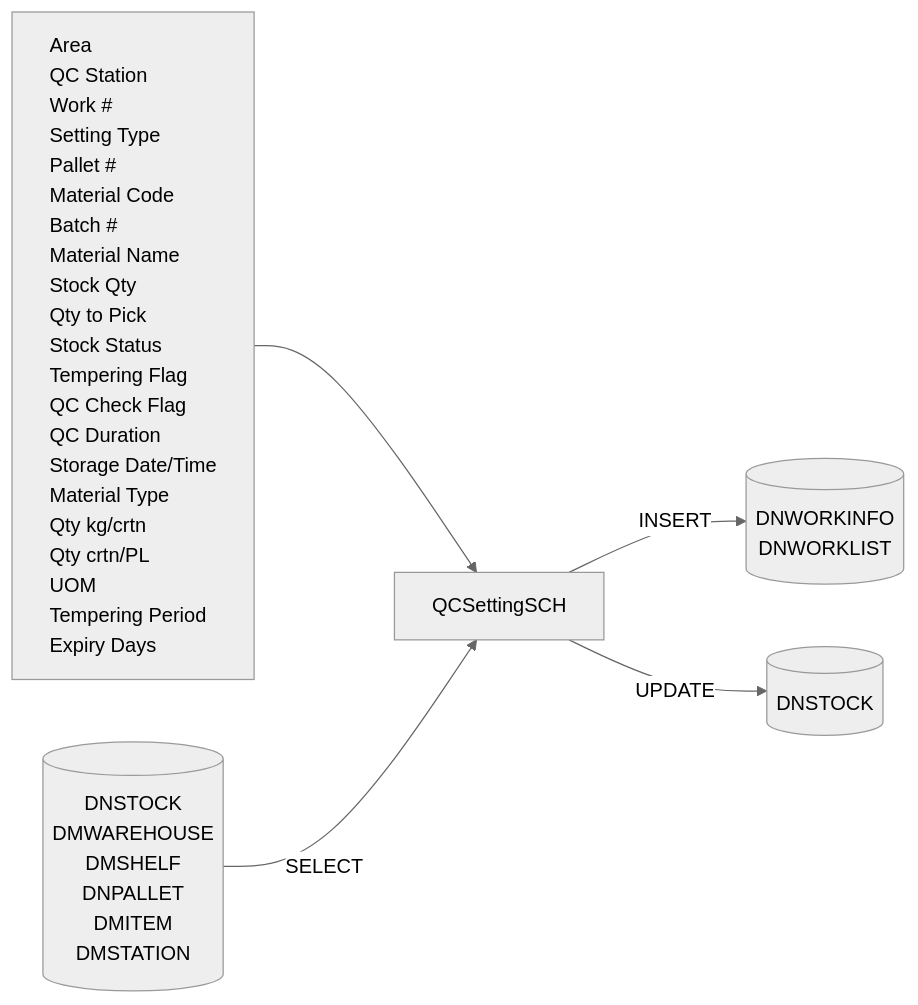
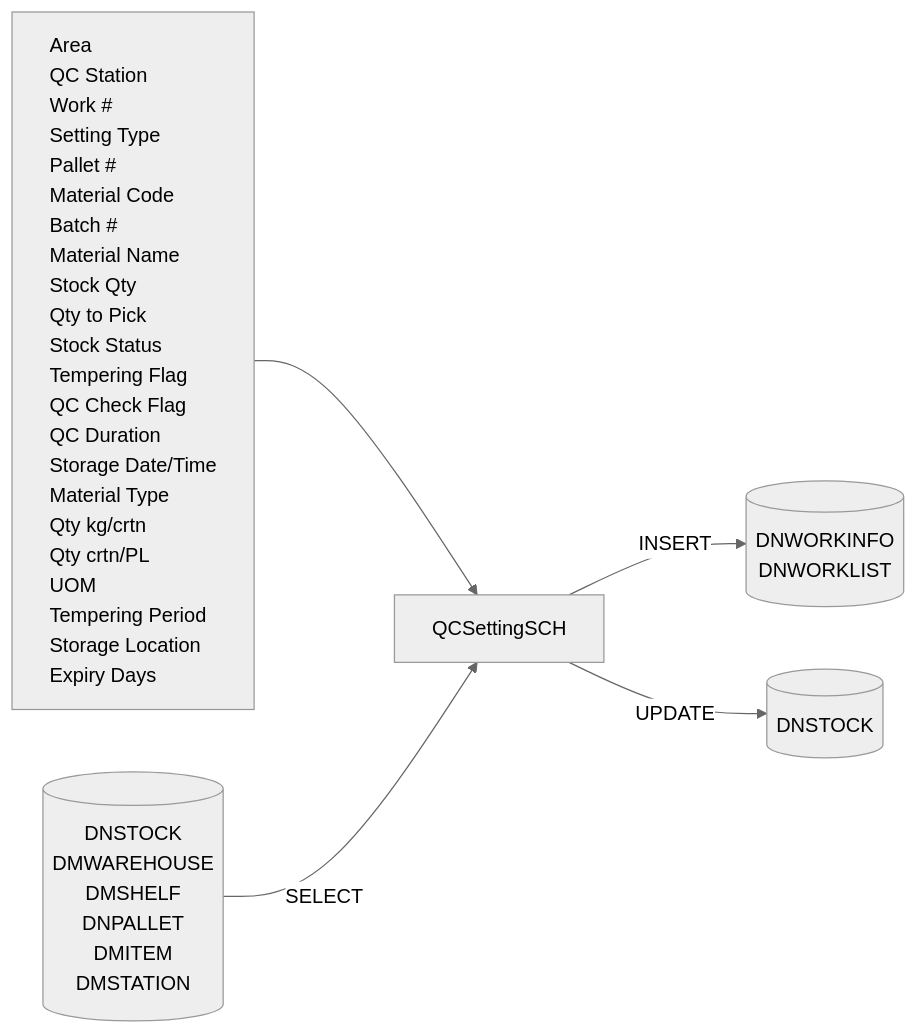
One commit to luthfiadityaa/SimeDarby-Wiki changed the fifth of 22 diagrams in Basic-Design/DFD-WMS/Retrieval/QC-Setting/QC-Work-from-Retrieval-for-QC-Start.md. Above: the diagram before and after it, drawn with Mermaid (neutral theme).

Commit message:
Updated QC Work from Retrieval for QC Start

```diff
--- a/Basic-Design/DFD-WMS/Retrieval/QC-Setting/QC-Work-from-Retrieval-for-QC-Start.md
+++ b/Basic-Design/DFD-WMS/Retrieval/QC-Setting/QC-Work-from-Retrieval-for-QC-Start.md
@@ -128,53 +128,54 @@
 ::: mermaid
 flowchart LR
     input[
         Area
         QC Station
         Work #
         Setting Type               
         Pallet #
         Material Code
         Batch #
         Material Name
         Stock Qty
         Qty to Pick
         Stock Status
         Tempering Flag
         QC Check Flag
         QC Duration
         Storage Date/Time
         Material Type
         Qty kg/crtn
         Qty crtn/PL
         UOM
         Tempering Period
+        Storage Location
         Expiry Days
     ]
 
     tableList-insert[("
         DNWORKINFO
         DNWORKLIST
     ")]
 
      tableList-update[("
         DNSTOCK
     ")]
 
      tableList-select[("
         DNSTOCK
         DMWAREHOUSE
         DMSHELF
         DNPALLET
         DMITEM
         DMSTATION
     ")]
 
     className[QCSettingSCH]
 
     input --> className --> |INSERT| tableList-insert
     tableList-select --> |SELECT| className
     className --> |UPDATE| tableList-update
 
     classDef leftAlign text-align:left;
     class input leftAlign;
 :::
```
